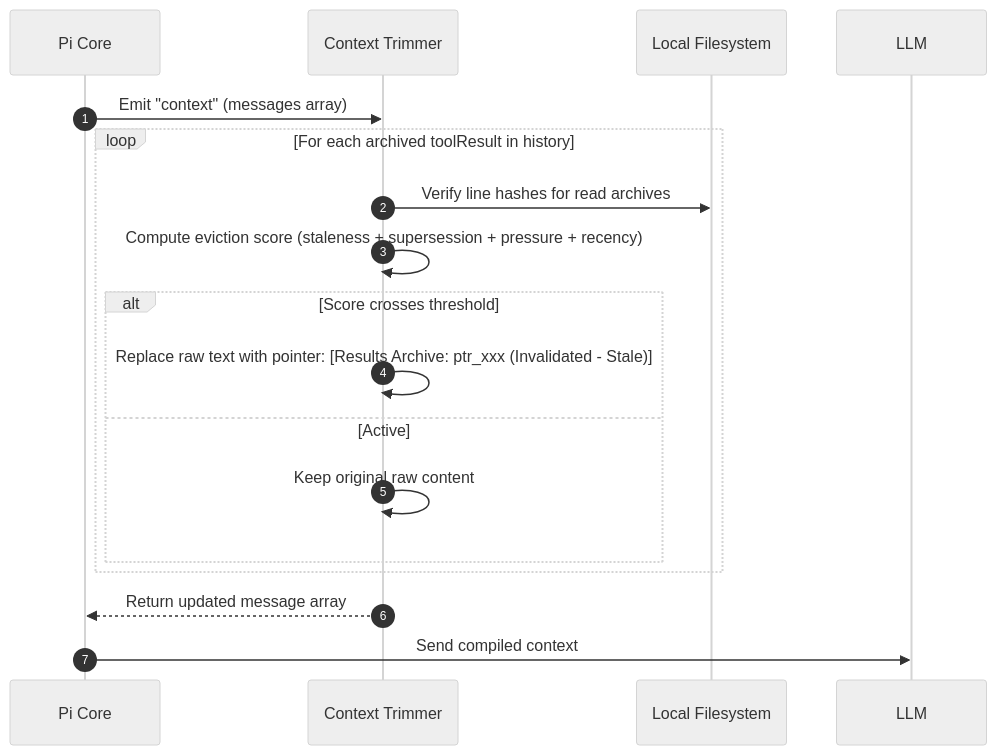
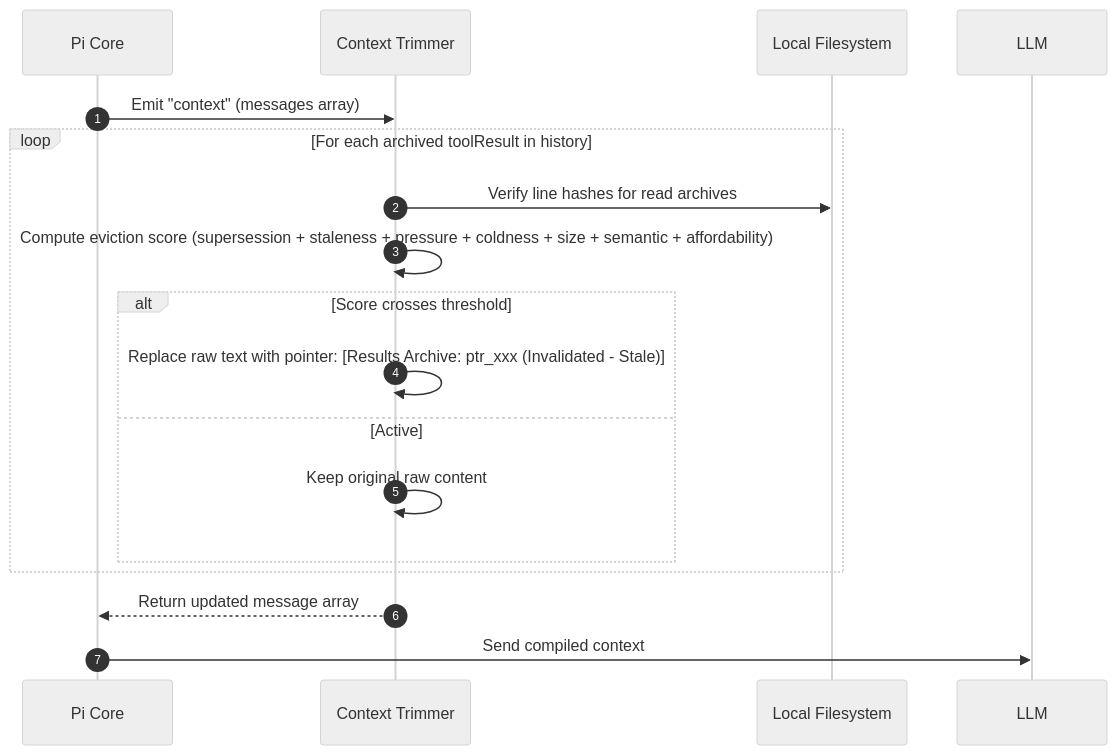
Before and after one commit to SkrOYC/context-trimmer: the third of 4 diagrams in docs/architecture.md, drawn with Mermaid (neutral theme). The commit also changed other lines of this file and 18 other files, not shown here.

````diff
--- a/docs/architecture.md
+++ b/docs/architecture.md
@@ -135,21 +140,21 @@
 ```mermaid
 sequenceDiagram
     autonumber
     participant PiCore as Pi Core
     participant Ext as Context Trimmer
     participant Disk as Local Filesystem
     participant LLM
 
     PiCore->>Ext: Emit "context" (messages array)
     loop For each archived toolResult in history
         Ext->>Disk: Verify line hashes for read archives
-        Ext->>Ext: Compute eviction score (staleness + supersession + pressure + recency)
+        Ext->>Ext: Compute eviction score (supersession + staleness + pressure + coldness + size + semantic + affordability)
         alt Score crosses threshold
             Ext->>Ext: Replace raw text with pointer: [Results Archive: ptr_xxx (Invalidated - Stale)]
         else Active
             Ext->>Ext: Keep original raw content
         end
     end
     Ext-->>PiCore: Return updated message array
     PiCore->>LLM: Send compiled context
 ```
````
